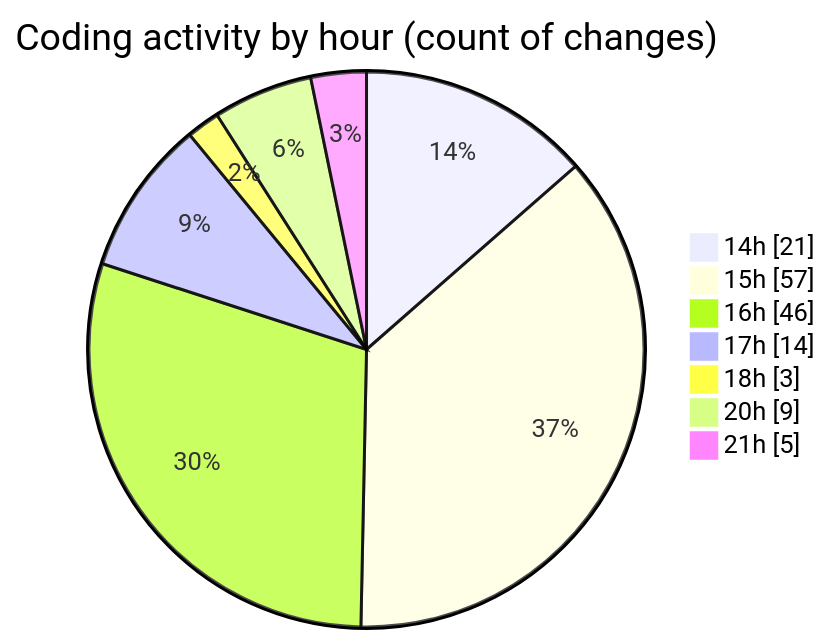
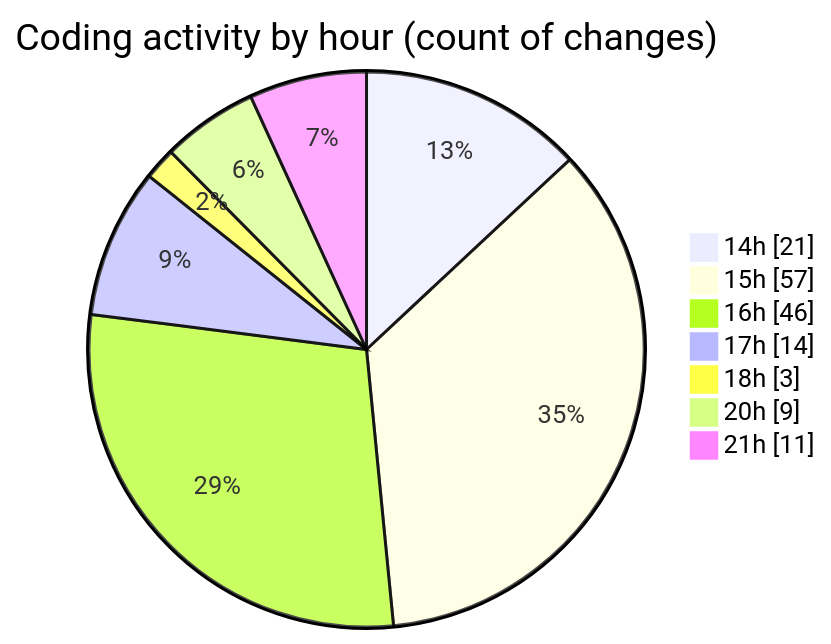
The second of 2 diagrams in 2025-05-24/projects/README.md (Ritupan-Deka/code-tracking), drawn with Mermaid before and after one commit. The commit also changed other lines of this file and 1 other file, not shown here.

````diff
--- a/2025-05-24/projects/README.md
+++ b/2025-05-24/projects/README.md
@@ -35,11 +35,11 @@
 ```mermaid
 pie showData
 title Coding activity by hour (count of changes)
 "14h" : 21
 "15h" : 57
 "16h" : 46
 "17h" : 14
 "18h" : 3
 "20h" : 9
-"21h" : 5
+"21h" : 11
 ```
````
